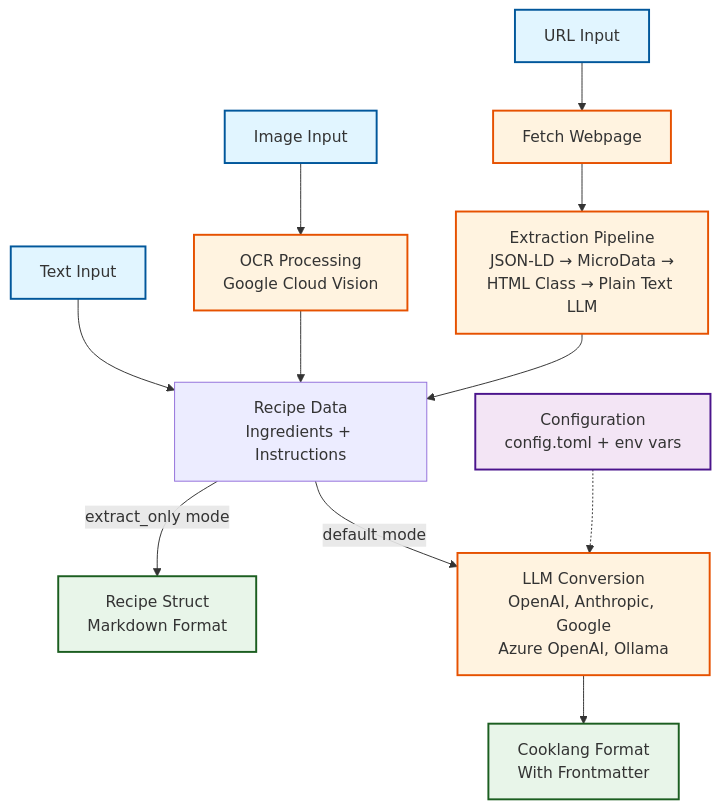
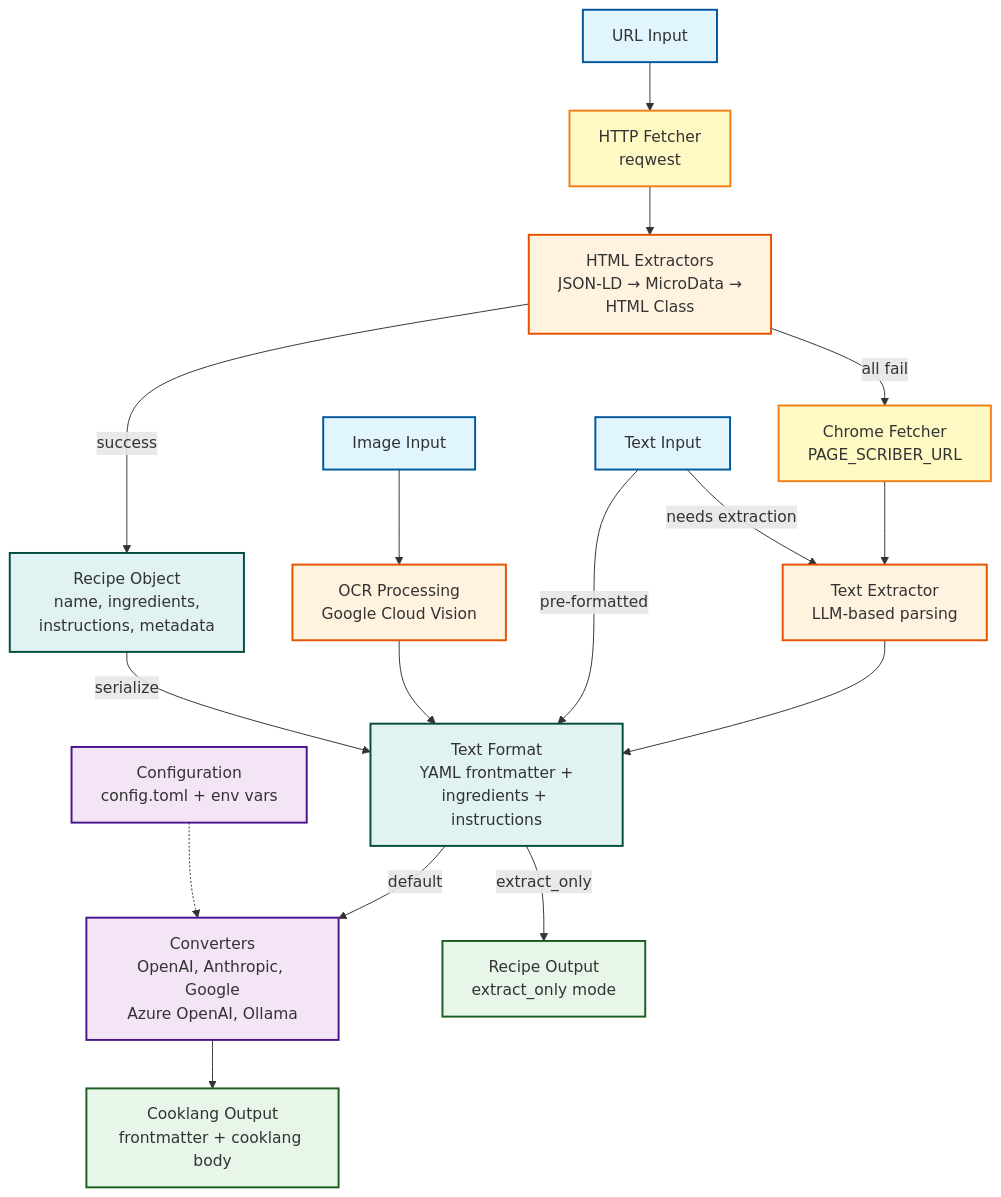
Before and after one commit to cooklang/cooklang-import: the diagram in architecture.md, drawn with Mermaid. The commit also changed other lines of this file, not shown here.

Commit message:
docs: update architecture.md with new project structure

````diff
--- a/architecture.md
+++ b/architecture.md
@@ -7,52 +7,67 @@
 ```mermaid
 flowchart TB
     %% Input Sources
     URL[URL Input]
     TEXT[Text Input]
     IMAGE[Image Input]
 
+    %% Fetchers
+    FETCH_REQ[HTTP Fetcher<br/>reqwest]
+    FETCH_CHROME[Chrome Fetcher<br/>PAGE_SCRIBER_URL]
+
     %% Processing Stages
-    FETCH[Fetch Webpage]
-    EXTRACT[Extraction Pipeline<br/>JSON-LD → MicroData →<br/>HTML Class → Plain Text LLM]
+    EXTRACT_HTML[HTML Extractors<br/>JSON-LD → MicroData →<br/>HTML Class]
+    EXTRACT_TEXT[Text Extractor<br/>LLM-based parsing]
     OCR[OCR Processing<br/>Google Cloud Vision]
 
     %% Intermediate State
-    RECIPE_DATA[Recipe Data<br/>Ingredients + Instructions]
+    RECIPE[Recipe Object<br/>name, ingredients,<br/>instructions, metadata]
+    TEXT_FORMAT[Text Format<br/>YAML frontmatter +<br/>ingredients + instructions]
 
     %% Configuration
     CONFIG[Configuration<br/>config.toml + env vars]
 
     %% LLM Conversion
-    LLM[LLM Conversion<br/>OpenAI, Anthropic, Google<br/>Azure OpenAI, Ollama]
+    CONVERTERS[Converters<br/>OpenAI, Anthropic, Google<br/>Azure OpenAI, Ollama]
 
     %% Output Modes
-    RECIPE_OUT[Recipe Struct<br/>Markdown Format]
-    COOKLANG_OUT[Cooklang Format<br/>With Frontmatter]
+    RECIPE_OUT[Recipe Output<br/>extract_only mode]
+    COOKLANG_OUT[Cooklang Output<br/>frontmatter + cooklang body]
 
     %% Flow connections
-    URL --> FETCH
-    FETCH --> EXTRACT
-    EXTRACT --> RECIPE_DATA
+    URL --> FETCH_REQ
+    FETCH_REQ --> EXTRACT_HTML
+    EXTRACT_HTML --> |success| RECIPE
+    EXTRACT_HTML --> |all fail| FETCH_CHROME
+    FETCH_CHROME --> EXTRACT_TEXT
+    EXTRACT_TEXT --> TEXT_FORMAT
 
-    TEXT --> RECIPE_DATA
+    TEXT --> |pre-formatted| TEXT_FORMAT
+    TEXT --> |needs extraction| EXTRACT_TEXT
 
     IMAGE --> OCR
-    OCR --> RECIPE_DATA
+    OCR --> TEXT_FORMAT
 
-    RECIPE_DATA --> |extract_only mode| RECIPE_OUT
-    RECIPE_DATA --> |default mode| LLM
+    RECIPE --> |serialize| TEXT_FORMAT
 
-    CONFIG -.-> LLM
-    LLM --> COOKLANG_OUT
+    TEXT_FORMAT --> |extract_only| RECIPE_OUT
+    TEXT_FORMAT --> |default| CONVERTERS
+
+    CONFIG -.-> CONVERTERS
+    CONVERTERS --> COOKLANG_OUT
 
     %% Styling
     classDef inputStyle fill:#e1f5ff,stroke:#01579b,stroke-width:2px
+    classDef fetchStyle fill:#fff9c4,stroke:#f57f17,stroke-width:2px
     classDef processStyle fill:#fff3e0,stroke:#e65100,stroke-width:2px
+    classDef dataStyle fill:#e0f2f1,stroke:#004d40,stroke-width:2px
     classDef outputStyle fill:#e8f5e9,stroke:#1b5e20,stroke-width:2px
     classDef configStyle fill:#f3e5f5,stroke:#4a148c,stroke-width:2px
 
     class URL,TEXT,IMAGE inputStyle
-    class FETCH,EXTRACT,OCR,LLM processStyle
+    class FETCH_REQ,FETCH_CHROME fetchStyle
+    class EXTRACT_HTML,EXTRACT_TEXT,OCR processStyle
+    class RECIPE,TEXT_FORMAT dataStyle
     class RECIPE_OUT,COOKLANG_OUT outputStyle
-    class CONFIG configStyle
+    class CONFIG,CONVERTERS configStyle
 ```
````
